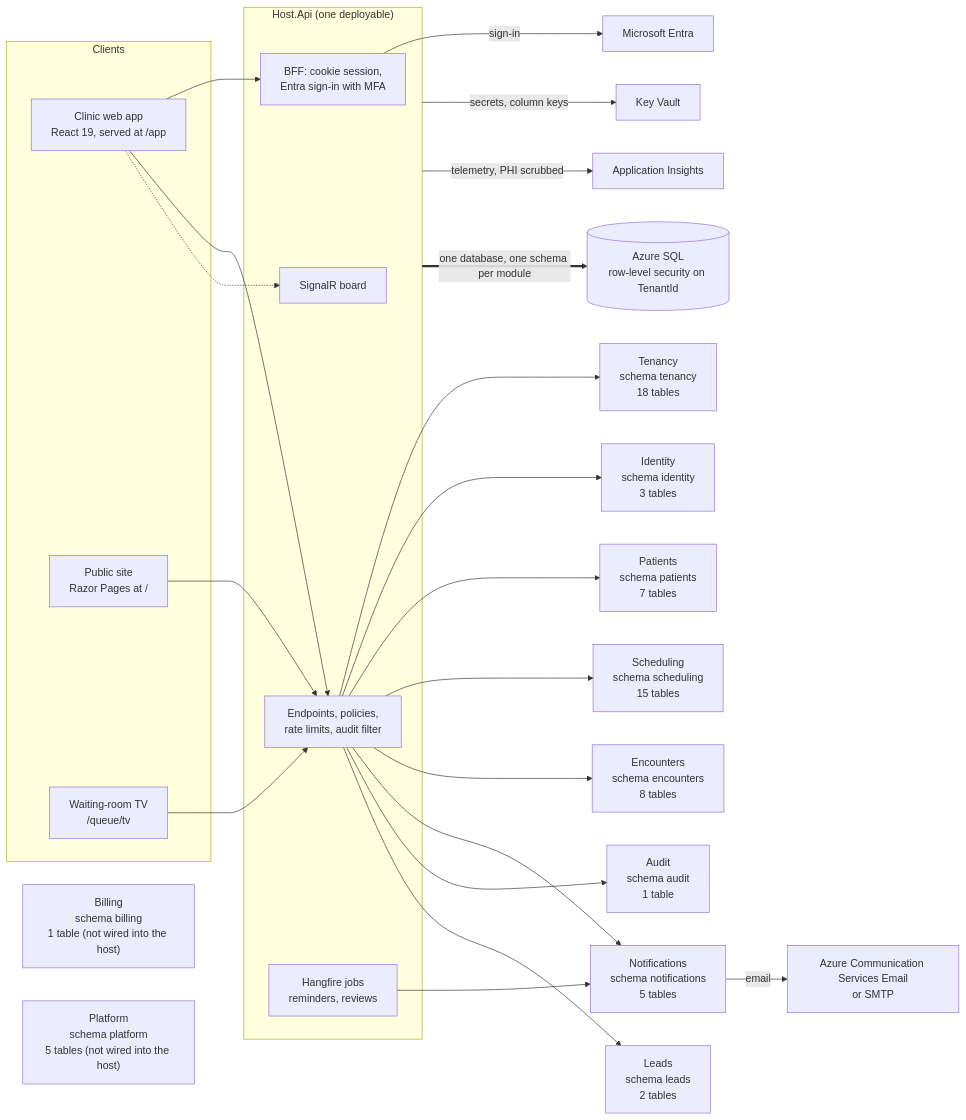
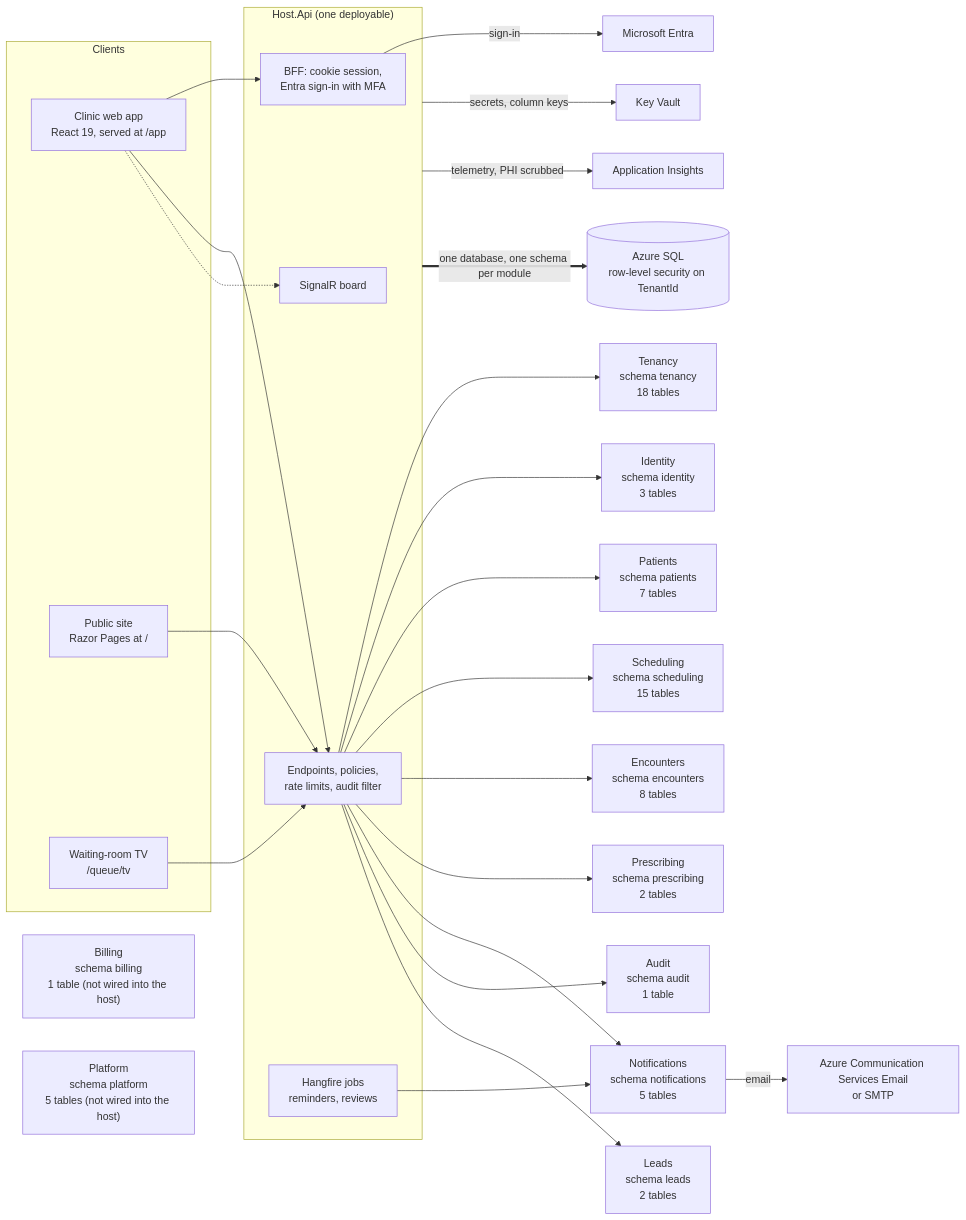
One commit to ALFRED-LUCIFER/medvya changed the first of 14 diagrams in docs/03-architecture/erd.md. Above: the diagram before and after it, drawn with Mermaid. The commit also changed other lines of this file and 52 other files, not shown here.

````diff
--- a/docs/03-architecture/erd.md
+++ b/docs/03-architecture/erd.md
@@ -15,35 +15,36 @@
 ```mermaid
 flowchart LR
   subgraph Clients
     web["Clinic web app<br/>React 19, served at /app"]
     site["Public site<br/>Razor Pages at /"]
     tv["Waiting-room TV<br/>/queue/tv"]
   end
   subgraph Host["Host.Api (one deployable)"]
     bff["BFF: cookie session,<br/>Entra sign-in with MFA"]
     api["Endpoints, policies,<br/>rate limits, audit filter"]
     hub["SignalR board"]
     jobs["Hangfire jobs<br/>reminders, reviews"]
   end
   web --> bff
   web --> api
   web -.-> hub
   tv --> api
   site --> api
   api --> Tenancy["Tenancy<br/>schema tenancy<br/>18 tables"]
   api --> Identity["Identity<br/>schema identity<br/>3 tables"]
   api --> Patients["Patients<br/>schema patients<br/>7 tables"]
   api --> Scheduling["Scheduling<br/>schema scheduling<br/>15 tables"]
   api --> Encounters["Encounters<br/>schema encounters<br/>8 tables"]
+  api --> Prescribing["Prescribing<br/>schema prescribing<br/>2 tables"]
   api --> Notifications["Notifications<br/>schema notifications<br/>5 tables"]
   api --> Audit["Audit<br/>schema audit<br/>1 table"]
   api --> Leads["Leads<br/>schema leads<br/>2 tables"]
   Billing["Billing<br/>schema billing<br/>1 table (not wired into the host)"]
   Platform["Platform<br/>schema platform<br/>5 tables (not wired into the host)"]
   jobs --> Notifications
   bff -->|"sign-in"| entra["Microsoft Entra"]
   Notifications -->|"email"| mail["Azure Communication Services Email<br/>or SMTP"]
   Host -->|"secrets, column keys"| kv["Key Vault"]
   Host -->|"telemetry, PHI scrubbed"| ai["Application Insights"]
   Host ==>|"one database, one schema per module"| sql[("Azure SQL<br/>row-level security on TenantId")]
 ```
````
